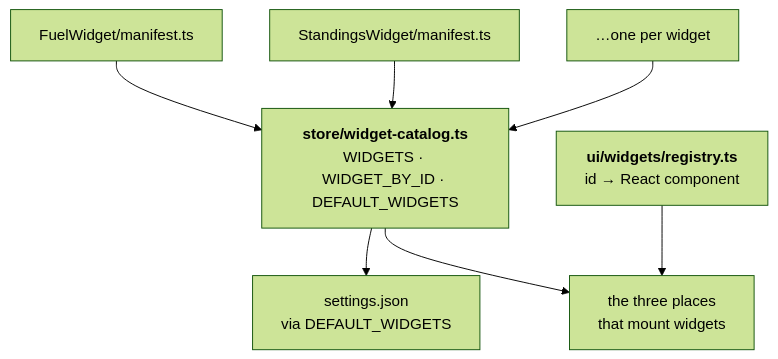
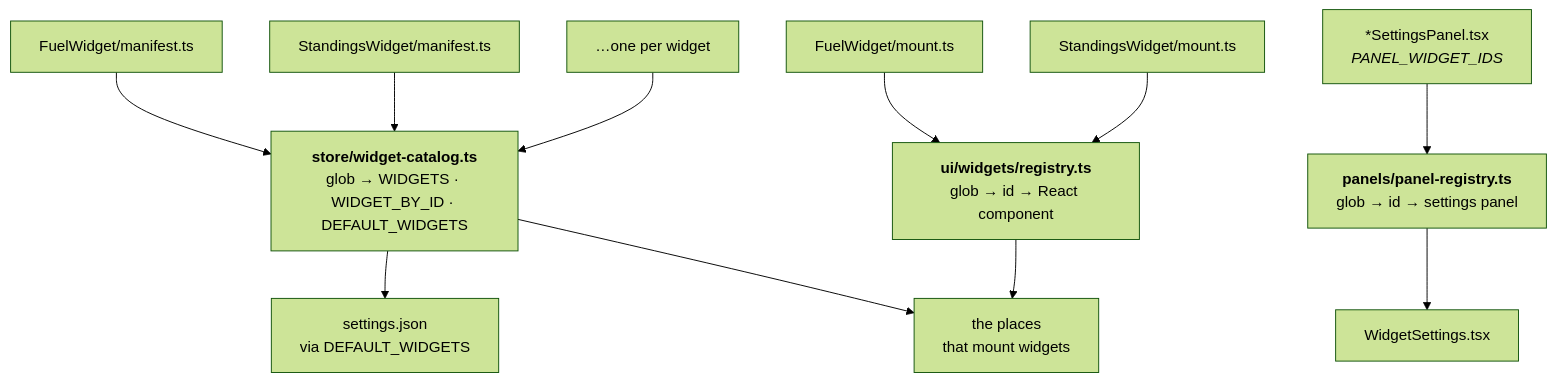
One commit to mvoof/Marble-Trace changed diagram 14 of 24 in docs/architecture.md. Above: the diagram before and after it, drawn with Mermaid (forest theme). The commit also changed other lines of this file and 93 other files, not shown here.

````diff
--- a/docs/architecture.md
+++ b/docs/architecture.md
@@ -922,15 +926,23 @@
 ```mermaid
 flowchart TB
     M1["FuelWidget/manifest.ts"]
     M2["StandingsWidget/manifest.ts"]
     M3["…one per widget"]
-    CAT["<b>store/widget-catalog.ts</b><br/>WIDGETS · WIDGET_BY_ID · DEFAULT_WIDGETS"]
-    REG["<b>ui/widgets/registry.ts</b><br/>id → React component"]
-    MOUNT["the three places<br/>that mount widgets"]
+    MT1["FuelWidget/mount.ts"]
+    MT2["StandingsWidget/mount.ts"]
+    P["*SettingsPanel.tsx<br/><i>PANEL_WIDGET_IDS</i>"]
+    CAT["<b>store/widget-catalog.ts</b><br/>glob → WIDGETS · WIDGET_BY_ID · DEFAULT_WIDGETS"]
+    REG["<b>ui/widgets/registry.ts</b><br/>glob → id → React component"]
+    PREG["<b>panels/panel-registry.ts</b><br/>glob → id → settings panel"]
+    MOUNT["the places<br/>that mount widgets"]
+    WS["WidgetSettings.tsx"]
     SETTINGS["settings.json<br/>via DEFAULT_WIDGETS"]
 
     M1 & M2 & M3 --> CAT
+    MT1 & MT2 --> REG
+    P --> PREG
     CAT --> SETTINGS
     CAT --> MOUNT
     REG --> MOUNT
+    PREG --> WS
 ```
````
